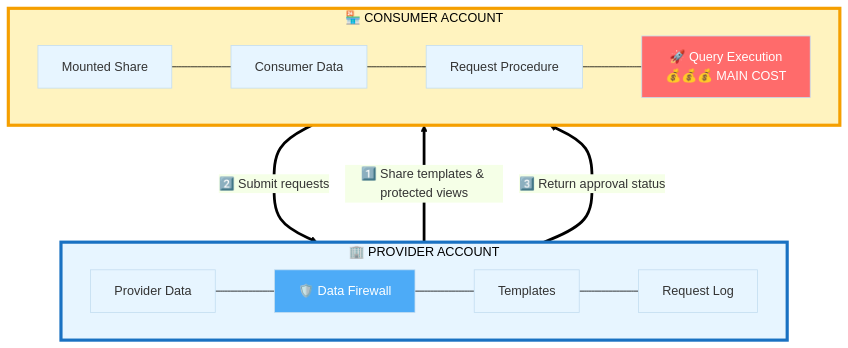
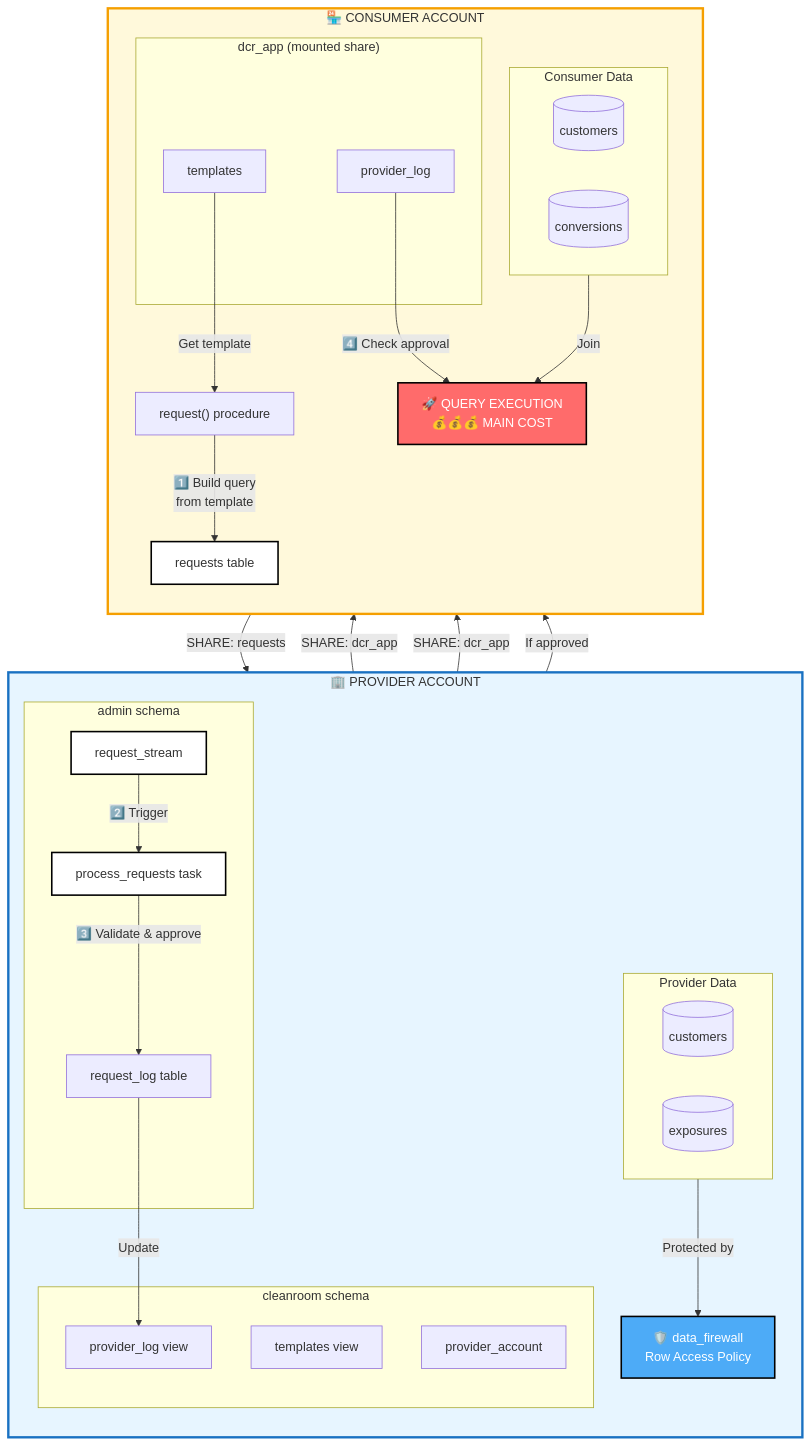
The first of 4 diagrams in DCR_Flow_and_Cost_Guide.md (sfc-gh-vshiv/sfquickstart-data-clean-room), drawn with Mermaid before and after one commit. The commit also changed 1 other file, not shown here.

Commit message:
Refactor DCR Flow and Cost Guide Mermaid diagrams to improve layout and clarity, adding detailed subgraphs for advertiser and Walmart accounts, and enhancing visual styles for better representation of data flows and interactions.

````diff
--- a/DCR_Flow_and_Cost_Guide.md
+++ b/DCR_Flow_and_Cost_Guide.md
@@ -20,21 +20,62 @@
 ```mermaid
-%%{init: {'theme': 'base', 'themeVariables': {'lineColor': '#000000', 'primaryColor': '#e7f5ff'}}}%%
 flowchart TB
     subgraph PROVIDER["🏢 PROVIDER ACCOUNT"]
-        P1["Provider Data"] --- P2["🛡️ Data Firewall"] --- P3["Templates"] --- P4["Request Log"]
+        direction TB
+        subgraph PROV_DATA["Provider Data"]
+            PD1[("customers")]
+            PD2[("exposures")]
+        end
+        subgraph PROV_CLEAN["cleanroom schema"]
+            PT["templates view"]
+            PPL["provider_log view"]
+            PPA["provider_account"]
+        end
+        subgraph PROV_ADMIN["admin schema"]
+            PRL["request_log table"]
+            PRS["request_stream"]
+            PPR["process_requests task"]
+        end
+        PDF["🛡️ data_firewall<br/>Row Access Policy"]
     end
     
-    PROVIDER ===>|"1️⃣ Share templates & protected views"| CONSUMER
-    
     subgraph CONSUMER["🏪 CONSUMER ACCOUNT"]
-        C1["Mounted Share"] --- C2["Consumer Data"] --- C3["Request Procedure"] --- C4["🚀 Query Execution<br/>💰💰💰 MAIN COST"]
+        direction TB
+        subgraph CONS_DATA["Consumer Data"]
+            CD1[("customers")]
+            CD2[("conversions")]
+        end
+        subgraph CONS_APP["dcr_app (mounted share)"]
+            CT["templates"]
+            CPL["provider_log"]
+        end
+        CRQ["requests table"]
+        CRP["request() procedure"]
+        CQE["🚀 QUERY EXECUTION<br/>💰💰💰 MAIN COST"]
     end
     
-    CONSUMER ===>|"2️⃣ Submit requests"| PROVIDER
-    PROVIDER ===>|"3️⃣ Return approval status"| CONSUMER
+    %% Share flow: Provider to Consumer
+    PT -->|"SHARE: dcr_app"| CT
+    PPL -->|"SHARE: dcr_app"| CPL
     
-    style PROVIDER fill:#e7f5ff,stroke:#1971c2,stroke-width:4px
-    style CONSUMER fill:#fff3bf,stroke:#f59f00,stroke-width:4px
-    style P2 fill:#4dabf7,color:#fff
-    style C4 fill:#ff6b6b,color:#fff
+    %% Request flow: Consumer to Provider  
+    CRP -->|"1️⃣ Build query<br/>from template"| CRQ
+    CRQ -->|"SHARE: requests"| PRS
+    PRS -->|"2️⃣ Trigger"| PPR
+    PPR -->|"3️⃣ Validate & approve"| PRL
+    PRL -->|"Update"| PPL
+    
+    %% Query execution flow
+    CPL -->|"4️⃣ Check approval"| CQE
+    CT -->|"Get template"| CRP
+    CONS_DATA -->|"Join"| CQE
+    PROV_DATA -->|"Protected by"| PDF
+    PDF -->|"If approved"| CQE
+    
+    style PROVIDER fill:#e7f5ff,stroke:#1971c2,stroke-width:3px
+    style CONSUMER fill:#fff9db,stroke:#f59f00,stroke-width:3px
+    style CQE fill:#ff6b6b,stroke:#000,stroke-width:2px,color:#fff
+    style PDF fill:#4dabf7,stroke:#000,stroke-width:2px,color:#fff
+    style CRQ fill:#fff,stroke:#000,stroke-width:2px
+    style PRS fill:#fff,stroke:#000,stroke-width:2px
+    style PPR fill:#fff,stroke:#000,stroke-width:2px
 ```
````
